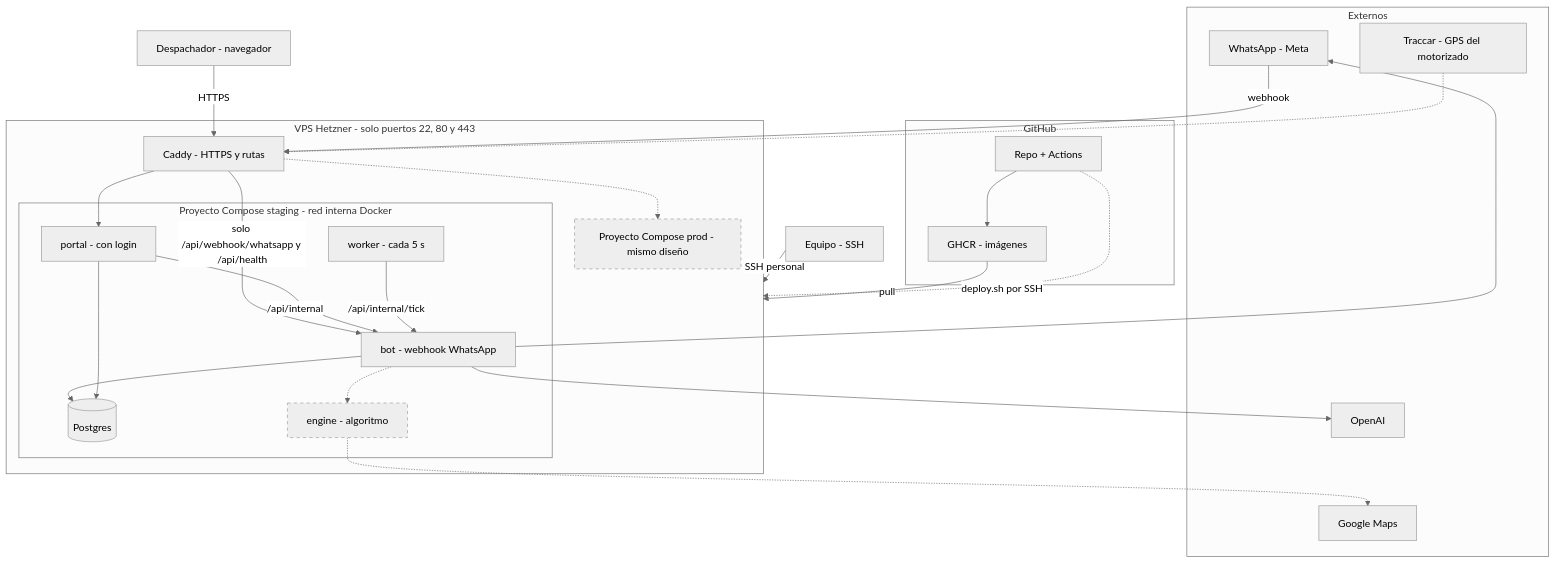
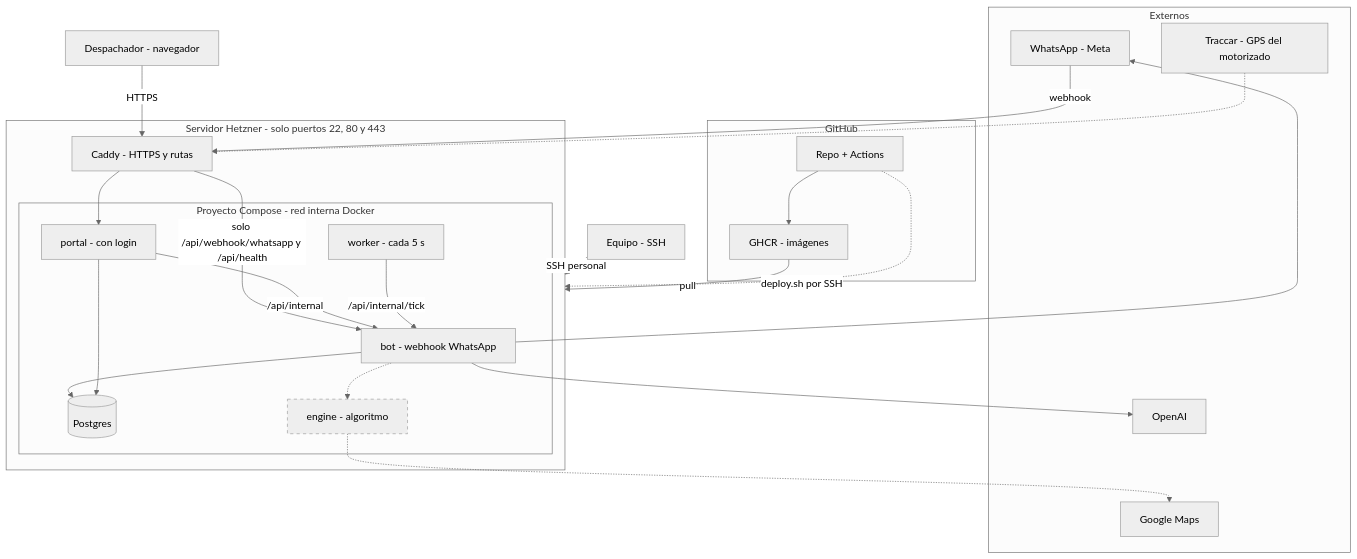
One commit to clapi-labs/clapi-dispatch changed the first of 3 diagrams in docs/INFRAESTRUCTURA.md. Above: the diagram before and after it, drawn with Mermaid (neutral theme). The commit also changed other lines of this file, not shown here.

Commit message:
Documentación: staging y producción como servidores separados, con diagrama del flujo por rama

````diff
--- a/docs/INFRAESTRUCTURA.md
+++ b/docs/INFRAESTRUCTURA.md
@@ -22,54 +24,51 @@
 ```mermaid
 flowchart TB
     subgraph Externos
         WA[WhatsApp - Meta]
         OAI[OpenAI]
         GM[Google Maps]
         TR[Traccar - GPS del motorizado]
     end
 
     DESP[Despachador - navegador]
     DEV[Equipo - SSH]
 
     subgraph GH[GitHub]
         REPO[Repo + Actions]
         GHCR[GHCR - imágenes]
     end
 
-    subgraph VPS[VPS Hetzner - solo puertos 22, 80 y 443]
+    subgraph VPS[Servidor Hetzner - solo puertos 22, 80 y 443]
         CADDY[Caddy - HTTPS y rutas]
 
-        subgraph STG[Proyecto Compose staging - red interna Docker]
+        subgraph STG[Proyecto Compose - red interna Docker]
             BOT[bot - webhook WhatsApp]
             PORTAL[portal - con login]
             WORKER[worker - cada 5 s]
             PG[(Postgres)]
             ENGINE[engine - algoritmo]:::pendiente
         end
-
-        PROD[Proyecto Compose prod - mismo diseño]:::pendiente
     end
 
     WA -- webhook --> CADDY
     TR -.-> CADDY
     DESP -- HTTPS --> CADDY
     CADDY -- "solo /api/webhook/whatsapp y /api/health" --> BOT
     CADDY --> PORTAL
-    CADDY -.-> PROD
 
     BOT --> WA
     BOT --> OAI
     BOT --> PG
     PORTAL --> PG
     PORTAL -- "/api/internal" --> BOT
     WORKER -- "/api/internal/tick" --> BOT
     BOT -.-> ENGINE
     ENGINE -.-> GM
 
     REPO --> GHCR
     GHCR -- pull --> VPS
     REPO -. "deploy.sh por SSH" .-> VPS
     DEV -- "SSH personal" --> VPS
 
     classDef pendiente stroke-dasharray: 5 5
 ```
````
